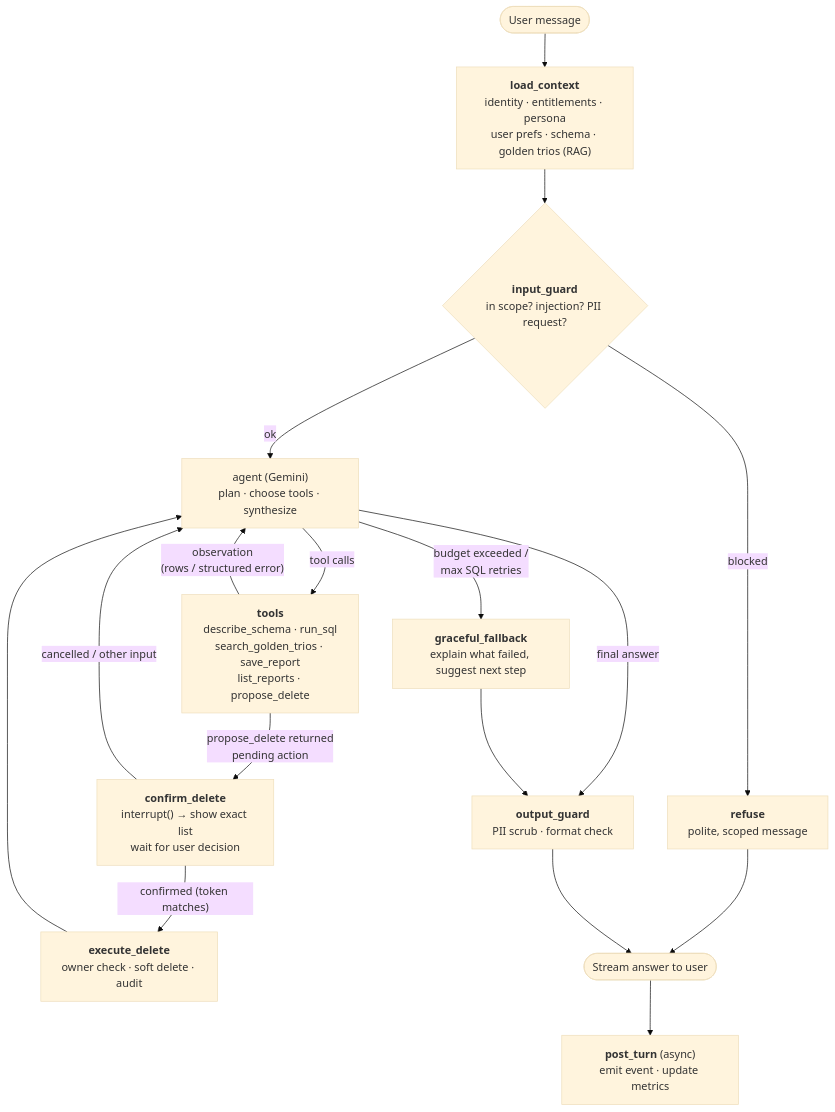
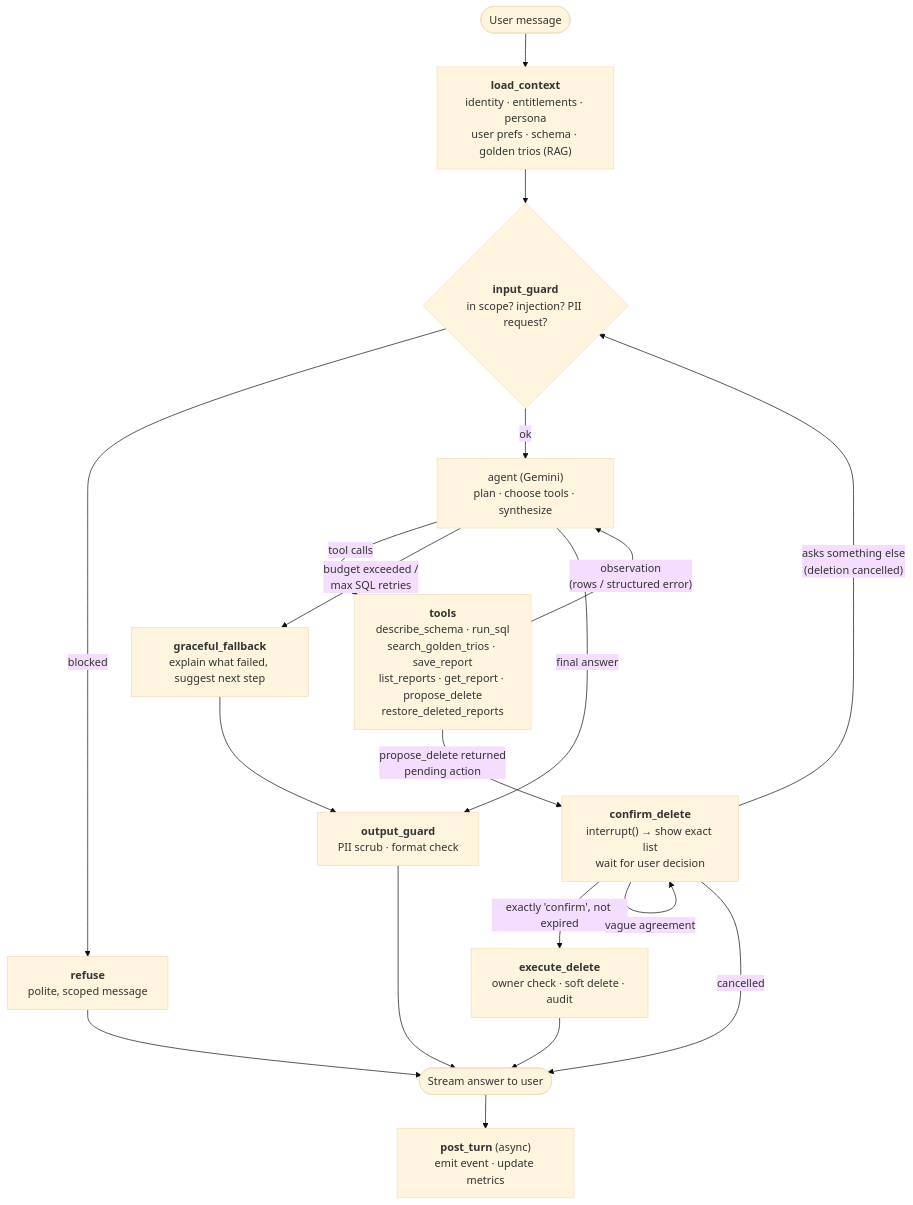
Before and after one commit to jbernardobvdias/ai-challange: the second of 8 diagrams in docs/architecture.md, drawn with Mermaid (base theme). The commit also changed other lines of this file and 15 other files, not shown here.

Commit message:
Added saved reports with confirmed deletion, undo and audit log

````diff
--- a/docs/architecture.md
+++ b/docs/architecture.md
@@ -148,22 +148,24 @@
 ```mermaid
 flowchart TD
     START([User message]) --> LOAD["<b>load_context</b><br/>identity · entitlements · persona<br/>user prefs · schema · golden trios (RAG)"]
     LOAD --> IG{"<b>input_guard</b><br/>in scope? injection? PII request?"}
     IG -- "blocked" --> REFUSE["<b>refuse</b><br/>polite, scoped message"]
     IG -- "ok" --> AGENT["agent (Gemini)<br/>plan · choose tools · synthesize"]
 
-    AGENT -- "tool calls" --> TOOLS["<b>tools</b><br/>describe_schema · run_sql<br/>search_golden_trios · save_report<br/>list_reports · propose_delete"]
+    AGENT -- "tool calls" --> TOOLS["<b>tools</b><br/>describe_schema · run_sql<br/>search_golden_trios · save_report<br/>list_reports · get_report · propose_delete<br/>restore_deleted_reports"]
     TOOLS -- "observation<br/>(rows / structured error)" --> AGENT
 
     TOOLS -- "propose_delete returned<br/>pending action" --> CONFIRM["<b>confirm_delete</b><br/>interrupt() → show exact list<br/>wait for user decision"]
-    CONFIRM -- "confirmed (token matches)" --> EXEC["<b>execute_delete</b><br/>owner check · soft delete · audit"]
-    CONFIRM -- "cancelled / other input" --> AGENT
-    EXEC --> AGENT
+    CONFIRM -- "exactly 'confirm', not expired" --> EXEC["<b>execute_delete</b><br/>owner check · soft delete · audit"]
+    CONFIRM -- "vague agreement" --> CONFIRM
+    CONFIRM -- "cancelled" --> OUT
+    CONFIRM -- "asks something else<br/>(deletion cancelled)" --> IG
+    EXEC --> OUT
 
     AGENT -- "budget exceeded /<br/>max SQL retries" --> GIVEUP["<b>graceful_fallback</b><br/>explain what failed, suggest next step"]
     AGENT -- "final answer" --> OG["<b>output_guard</b><br/>PII scrub · format check"]
     GIVEUP --> OG
     REFUSE --> OUT
     OG --> OUT([Stream answer to user])
     OUT --> POST["<b>post_turn</b> (async)<br/>emit event · update metrics"]
 ```
````
